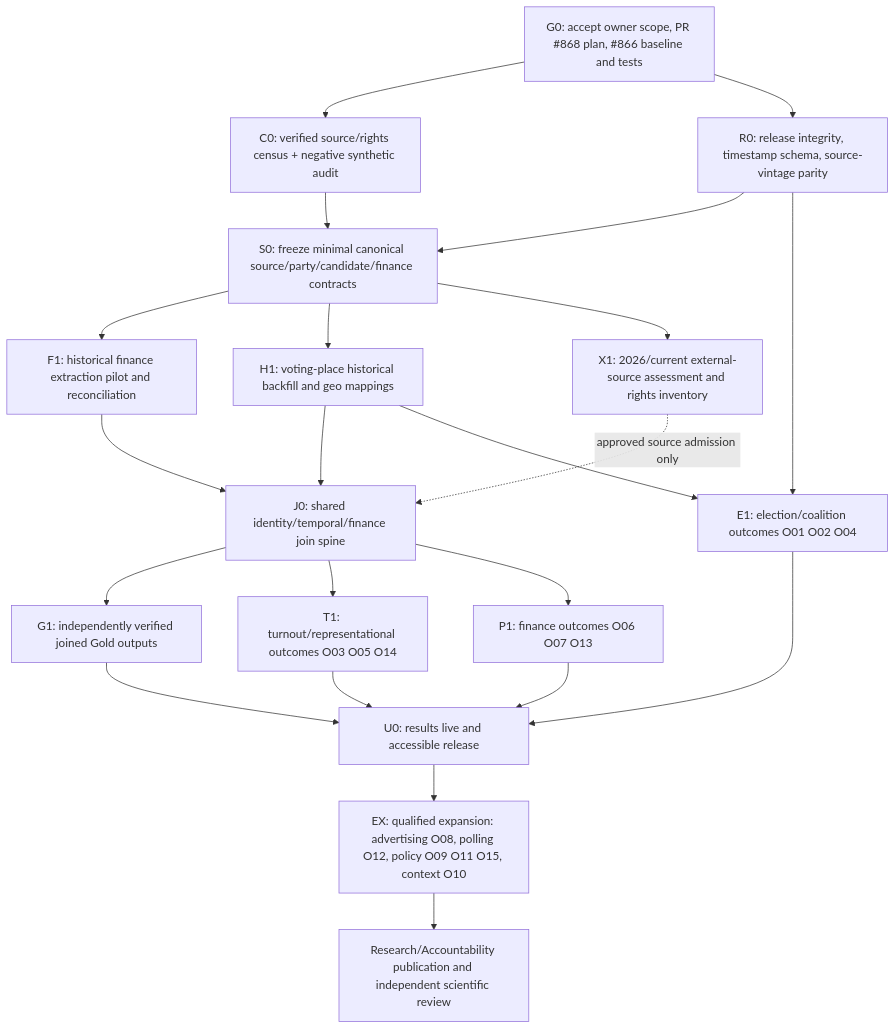
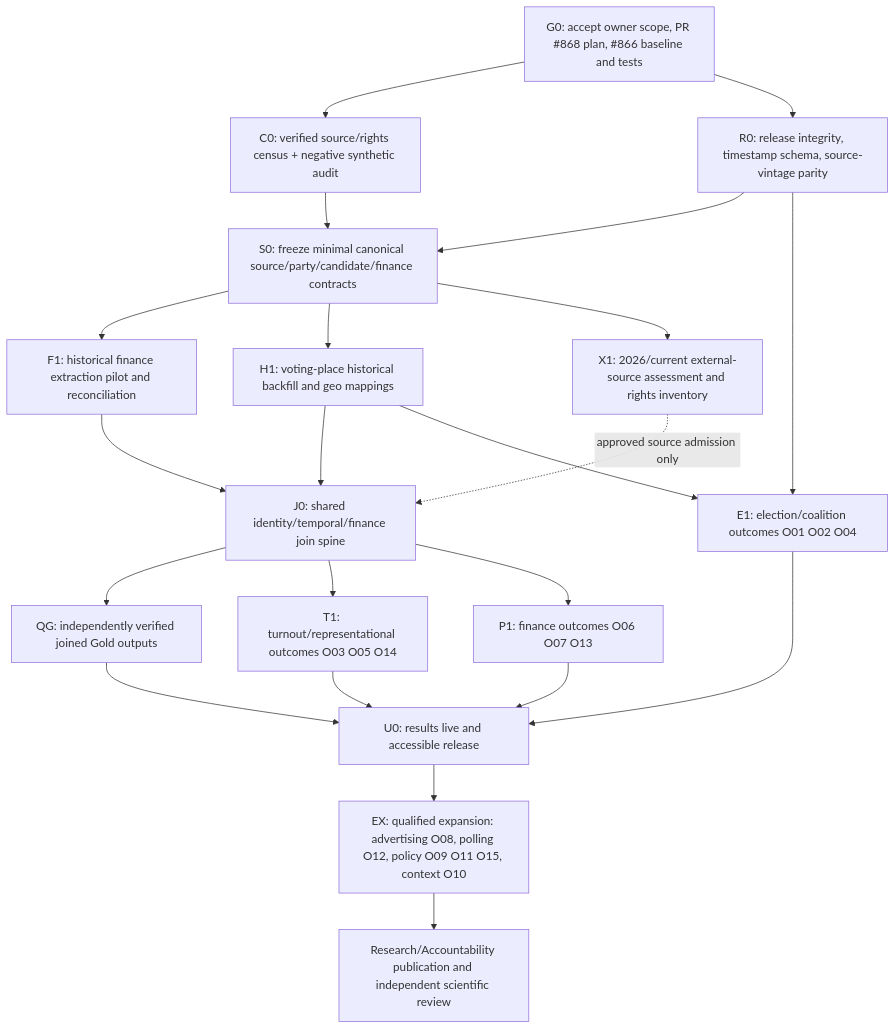
Before and after one commit to edithatogo/archive-govt-nz: the diagram in conductor/tracks/election_platform_frontier_20261111/data_maximisation_20261116/chatgpt-delivery-orchestration.md, drawn with Mermaid. The commit also changed other lines of this file, not shown here.

Commit message:
docs(elections): resolve review findings in chatgpt-delivery-orchestration.md

````diff
--- a/conductor/tracks/election_platform_frontier_20261111/data_maximisation_20261116/chatgpt-delivery-orchestration.md
+++ b/conductor/tracks/election_platform_frontier_20261111/data_maximisation_20261116/chatgpt-delivery-orchestration.md
@@ -29,24 +31,24 @@
 ```mermaid
 flowchart TD
   G0["G0: accept owner scope, PR #868 plan, #866 baseline and tests"] --> C0["C0: verified source/rights census + negative synthetic audit"]
   G0 --> R0["R0: release integrity, timestamp schema, source-vintage parity"]
   C0 --> S0["S0: freeze minimal canonical source/party/candidate/finance contracts"]
   R0 --> S0
   S0 --> F1["F1: historical finance extraction pilot and reconciliation"]
   S0 --> H1["H1: voting-place historical backfill and geo mappings"]
   S0 --> X1["X1: 2026/current external-source assessment and rights inventory"]
   F1 --> J0["J0: shared identity/temporal/finance join spine"]
   H1 --> J0
   X1 -.->|"approved source admission only"| J0
-  J0 --> G1["G1: independently verified joined Gold outputs"]
+  J0 --> QG["QG: independently verified joined Gold outputs"]
   R0 --> E1["E1: election/coalition outcomes O01 O02 O04"]
   H1 --> E1
   J0 --> T1["T1: turnout/representational outcomes O03 O05 O14"]
   J0 --> P1["P1: finance outcomes O06 O07 O13"]
   E1 --> U0["U0: results live and accessible release"]
   T1 --> U0
   P1 --> U0
-  G1 --> U0
+  QG --> U0
   U0 --> EX["EX: qualified expansion: advertising O08, polling O12, policy O09 O11 O15, context O10"]
   EX --> PUB["Research/Accountability publication and independent scientific review"]
 ```
````
